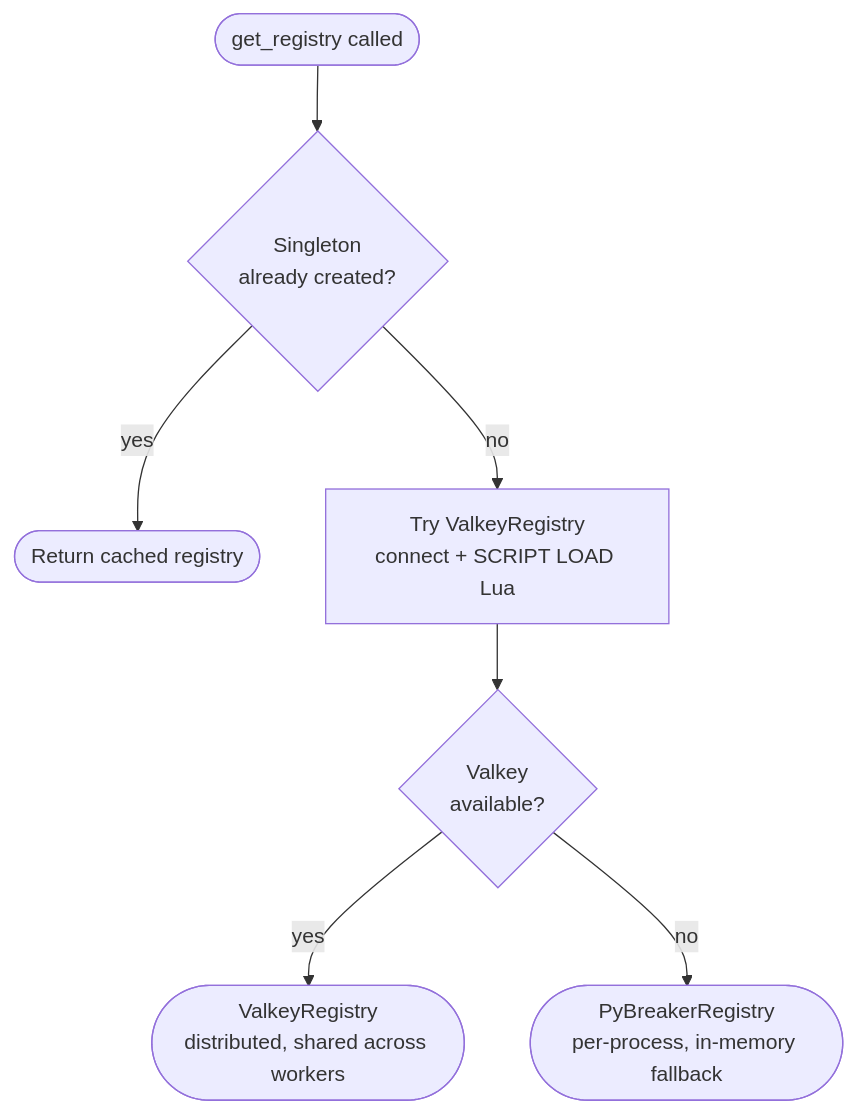
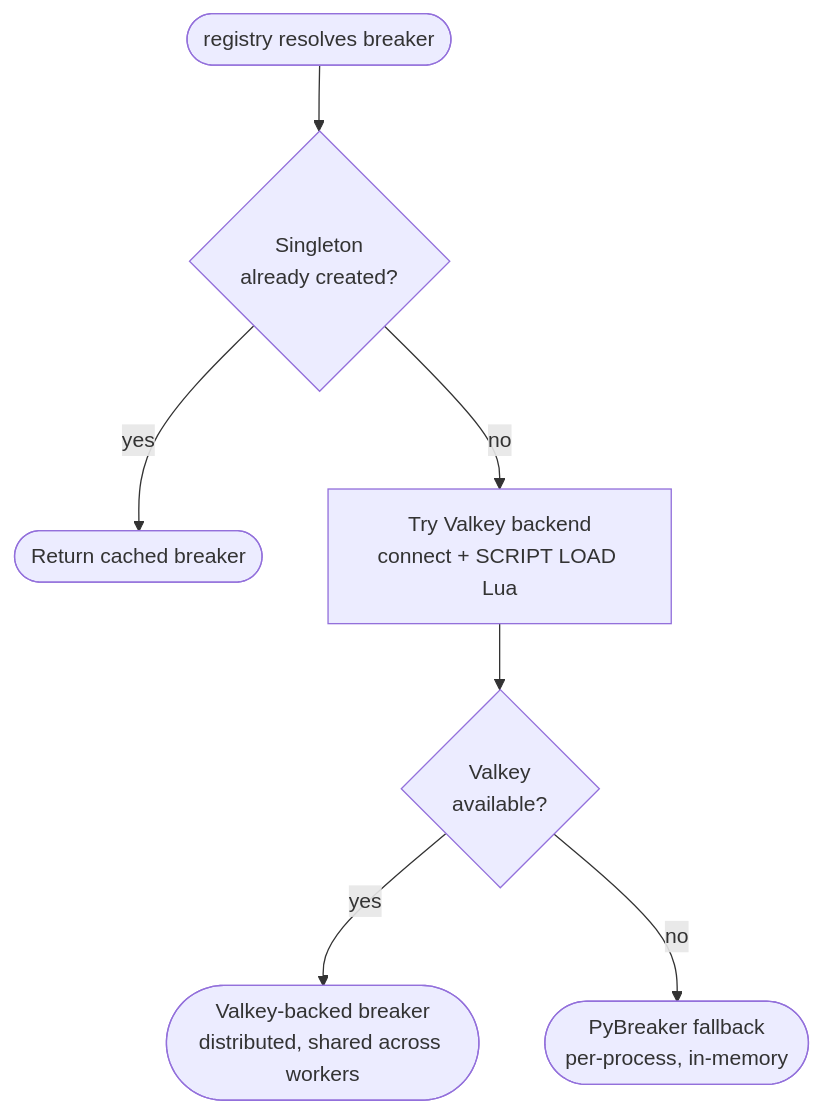
The second of 13 diagrams in docs/resilience.md (prajwalmahajan101/django_boilerplate), drawn with Mermaid before and after one commit. The commit also changed other lines of this file, not shown here.

````diff
--- a/docs/resilience.md
+++ b/docs/resilience.md
@@ -37,9 +44,9 @@
 ```mermaid
 flowchart TD
-    A([get_registry called]) --> B{Singleton\nalready created?}
-    B -- yes --> C([Return cached registry])
-    B -- no --> D[Try ValkeyRegistry\nconnect + SCRIPT LOAD Lua]
+    A([registry resolves breaker]) --> B{Singleton\nalready created?}
+    B -- yes --> C([Return cached breaker])
+    B -- no --> D[Try Valkey backend\nconnect + SCRIPT LOAD Lua]
     D --> E{Valkey\navailable?}
-    E -- yes --> F([ValkeyRegistry\ndistributed, shared across workers])
-    E -- no --> G([PyBreakerRegistry\nper-process, in-memory fallback])
+    E -- yes --> F([Valkey-backed breaker\ndistributed, shared across workers])
+    E -- no --> G([PyBreaker fallback\nper-process, in-memory])
 ```
````
